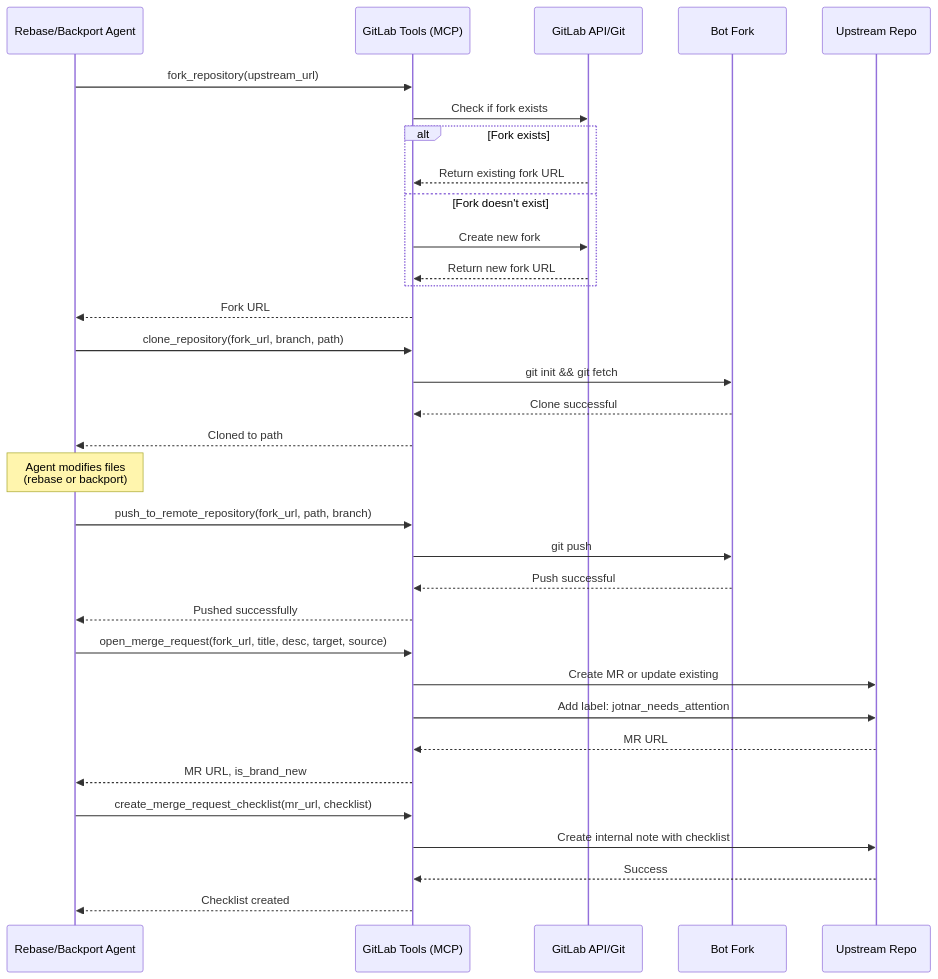
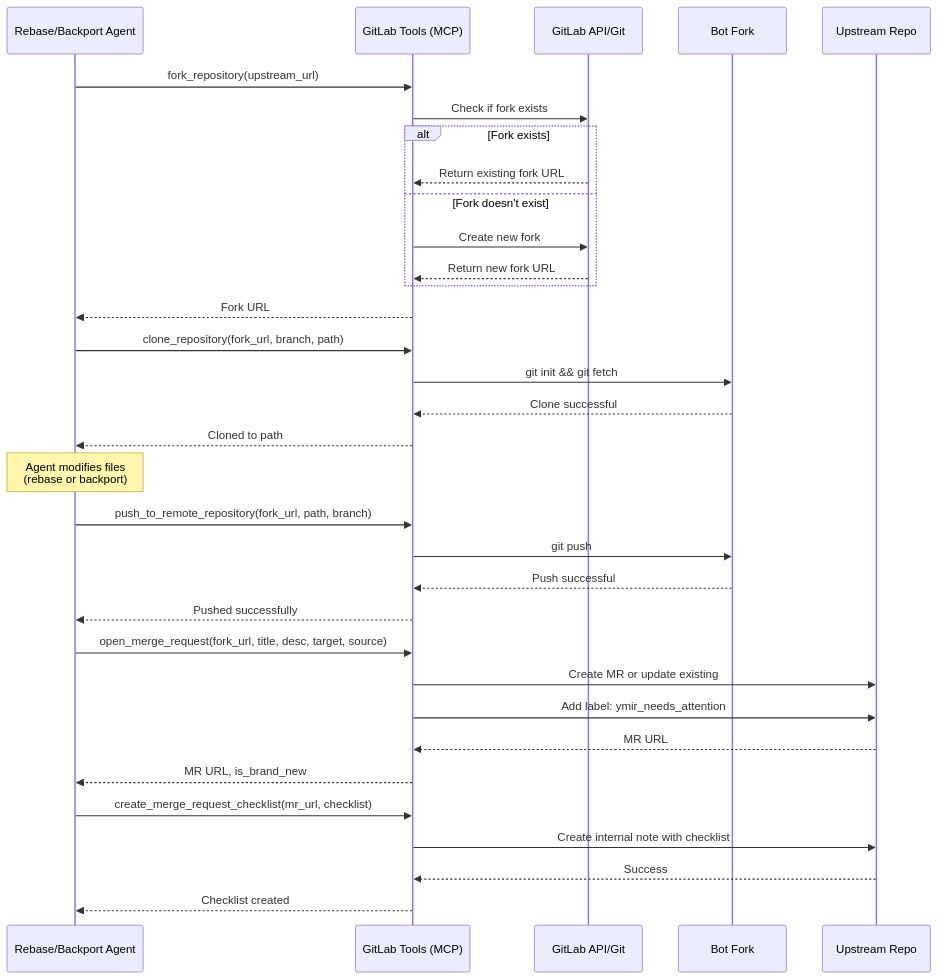
Before and after one commit to packit/ai-workflows: the third of 5 diagrams in gitlab_distgit_data_flow.md, drawn with Mermaid. The commit also changed other lines of this file and 28 other files, not shown here.

First line of the commit message:
Rename Jotnar to Ymir in user-visible text and Jira labels

````diff
--- a/gitlab_distgit_data_flow.md
+++ b/gitlab_distgit_data_flow.md
@@ -106,41 +106,41 @@
 ```mermaid
 sequenceDiagram
     participant Agent as Rebase/Backport Agent
     participant MCP_Git as GitLab Tools (MCP)
     participant GitLab as GitLab API/Git
     participant Fork as Bot Fork
     participant Upstream as Upstream Repo
 
     Agent->>MCP_Git: fork_repository(upstream_url)
     MCP_Git->>GitLab: Check if fork exists
     alt Fork exists
         GitLab-->>MCP_Git: Return existing fork URL
     else Fork doesn't exist
         MCP_Git->>GitLab: Create new fork
         GitLab-->>MCP_Git: Return new fork URL
     end
     MCP_Git-->>Agent: Fork URL
 
     Agent->>MCP_Git: clone_repository(fork_url, branch, path)
     MCP_Git->>Fork: git init && git fetch
     Fork-->>MCP_Git: Clone successful
     MCP_Git-->>Agent: Cloned to path
 
     Note over Agent: Agent modifies files<br/>(rebase or backport)
 
     Agent->>MCP_Git: push_to_remote_repository(fork_url, path, branch)
     MCP_Git->>Fork: git push
     Fork-->>MCP_Git: Push successful
     MCP_Git-->>Agent: Pushed successfully
 
     Agent->>MCP_Git: open_merge_request(fork_url, title, desc, target, source)
     MCP_Git->>Upstream: Create MR or update existing
-    MCP_Git->>Upstream: Add label: jotnar_needs_attention
+    MCP_Git->>Upstream: Add label: ymir_needs_attention
     Upstream-->>MCP_Git: MR URL
     MCP_Git-->>Agent: MR URL, is_brand_new
 
     Agent->>MCP_Git: create_merge_request_checklist(mr_url, checklist)
     MCP_Git->>Upstream: Create internal note with checklist
     Upstream-->>MCP_Git: Success
     MCP_Git-->>Agent: Checklist created
 ```
````
